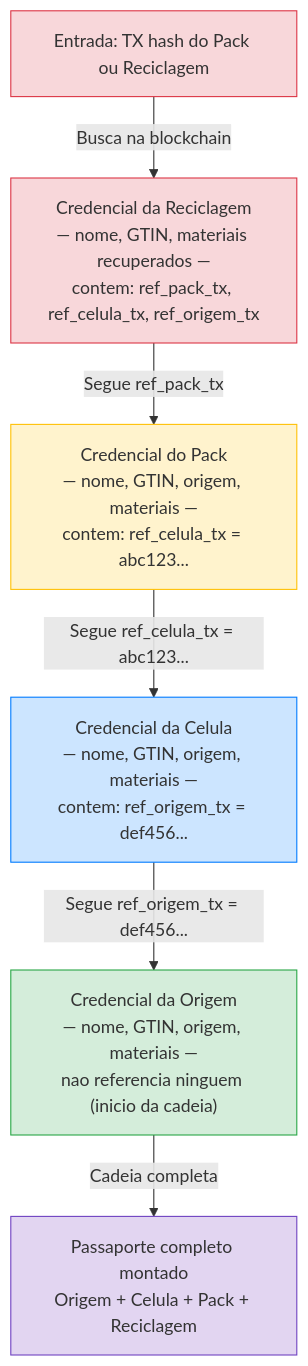
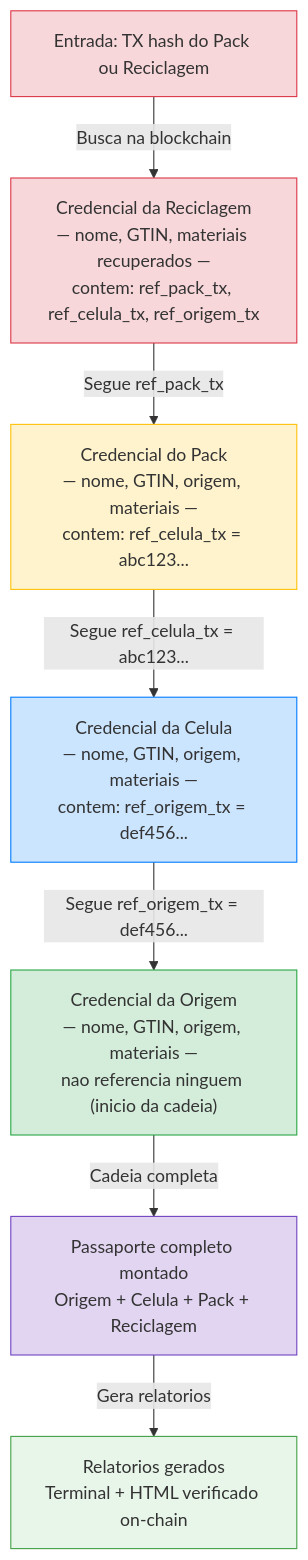
One commit to darlisagc/cardano-battery-passport changed the fourth of 6 diagrams in arquitetura-dpp.md. Above: the diagram before and after it, drawn with Mermaid.

Commit message:
Add report generation step to verificador chain diagram

````diff
--- a/arquitetura-dpp.md
+++ b/arquitetura-dpp.md
@@ -247,22 +247,25 @@
 ```mermaid
 flowchart TB
     START["Entrada: TX hash do Pack ou Reciclagem"]
     RECICL["Credencial da Reciclagem\n— nome, GTIN, materiais recuperados —\ncontem: ref_pack_tx, ref_celula_tx, ref_origem_tx"]
     PACK["Credencial do Pack\n— nome, GTIN, origem, materiais —\ncontem: ref_celula_tx = abc123..."]
     CELULA["Credencial da Celula\n— nome, GTIN, origem, materiais —\ncontem: ref_origem_tx = def456..."]
     ORIGEM["Credencial da Origem\n— nome, GTIN, origem, materiais —\nnao referencia ninguem (inicio da cadeia)"]
     FIM["Passaporte completo montado\nOrigem + Celula + Pack + Reciclagem"]
+    REL["Relatorios gerados\nTerminal + HTML verificado on-chain"]
 
     START -- "Busca na blockchain" --> RECICL
     RECICL -- "Segue ref_pack_tx" --> PACK
     PACK -- "Segue ref_celula_tx = abc123..." --> CELULA
     CELULA -- "Segue ref_origem_tx = def456..." --> ORIGEM
     ORIGEM -- "Cadeia completa" --> FIM
+    FIM -- "Gera relatorios" --> REL
 
     style START fill:#f8d7da,stroke:#dc3545
     style RECICL fill:#f8d7da,stroke:#dc3545
     style PACK fill:#fff3cd,stroke:#ffc107
     style CELULA fill:#cce5ff,stroke:#007bff
     style ORIGEM fill:#d4edda,stroke:#28a745
     style FIM fill:#e2d5f1,stroke:#6f42c1
+    style REL fill:#e8f5e9,stroke:#43a047
 ```
````
